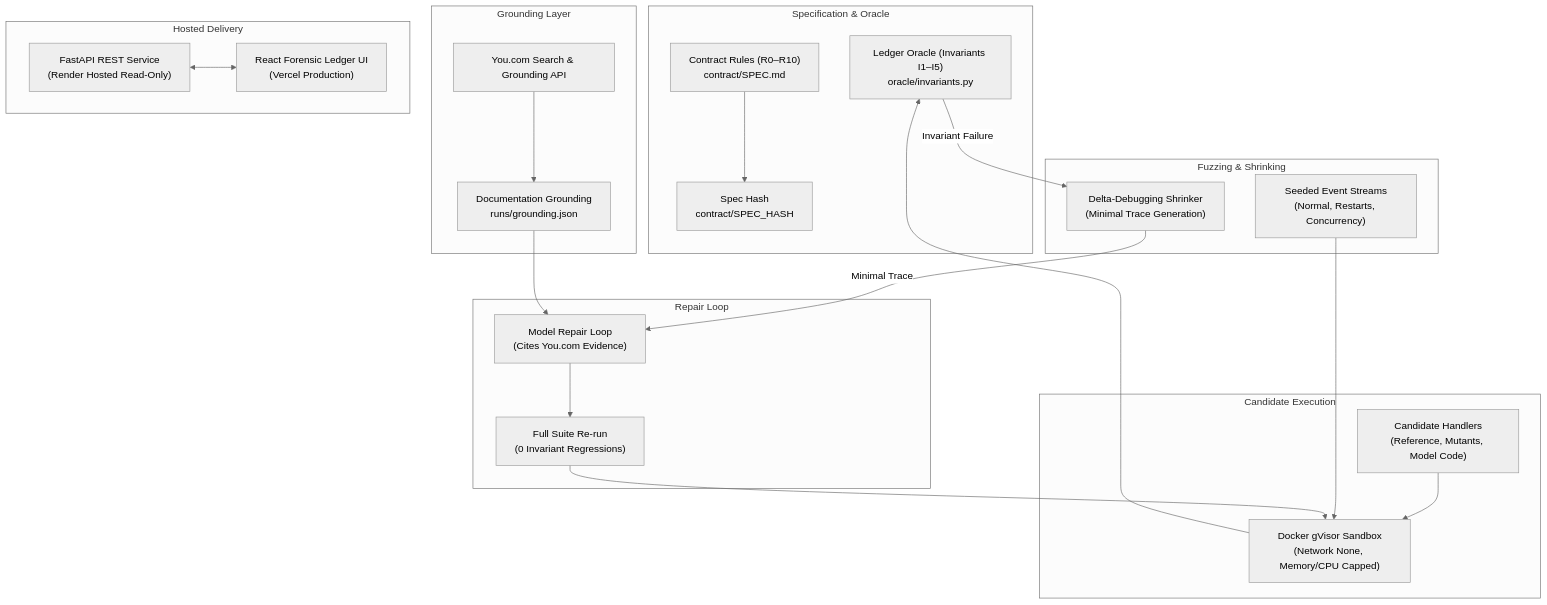
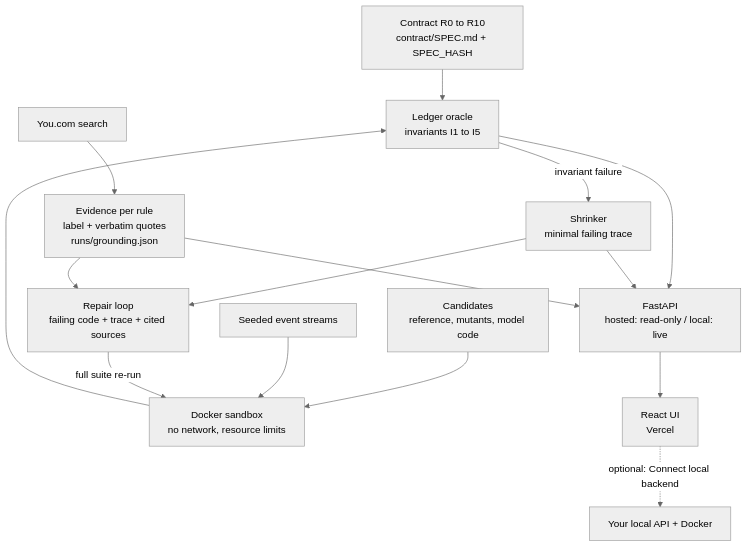
One commit to nikhil-0420/Pay-Sift changed the diagram in README.md. Above: the diagram before and after it, drawn with Mermaid (neutral theme). The commit also changed other lines of this file, not shown here.

````diff
--- a/README.md
+++ b/README.md
@@ -38,34 +96,17 @@
 ```mermaid
 flowchart TD
-  subgraph Specification & Oracle
-    Contract["Contract Rules (R0–R10)<br/>contract/SPEC.md"] --> SpecHash["Spec Hash<br/>contract/SPEC_HASH"]
-    Oracle["Ledger Oracle (Invariants I1–I5)<br/>oracle/invariants.py"]
-  end
-
-  subgraph Grounding Layer
-    YouCom["You.com Search & Grounding API"] --> Grounding["Documentation Grounding<br/>runs/grounding.json"]
-  end
-
-  subgraph Candidate Execution
-    Candidates["Candidate Handlers<br/>(Reference, Mutants, Model Code)"] --> Sandbox["Docker gVisor Sandbox<br/>(Network None, Memory/CPU Capped)"]
-    Sandbox --> Oracle
-  end
-
-  subgraph Fuzzing & Shrinking
-    Attacker["Seeded Event Streams<br/>(Normal, Restarts, Concurrency)"] --> Sandbox
-    Oracle -- Invariant Failure --> Shrinker["Delta-Debugging Shrinker<br/>(Minimal Trace Generation)"]
-  end
-
-  subgraph Repair Loop
-    Shrinker -- Minimal Trace --> Repair["Model Repair Loop<br/>(Cites You.com Evidence)"]
-    Grounding --> Repair
-    Repair --> FullSuite["Full Suite Re-run<br/>(0 Invariant Regressions)"]
-    FullSuite --> Sandbox
-  end
-
-  subgraph Hosted Delivery
-    API["FastAPI REST Service<br/>(Render Hosted Read-Only)"]
-    UI["React Forensic Ledger UI<br/>(Vercel Production)"]
-    API <--> UI
-  end
+    A["Contract R0 to R10<br/>contract/SPEC.md + SPEC_HASH"] --> B["Ledger oracle<br/>invariants I1 to I5"]
+    C["Candidates<br/>reference, mutants, model code"] --> D["Docker sandbox<br/>no network, resource limits"]
+    E["Seeded event streams"] --> D
+    D --> B
+    B -->|invariant failure| F["Shrinker<br/>minimal failing trace"]
+    G["You.com search"] --> H["Evidence per rule<br/>label + verbatim quotes<br/>runs/grounding.json"]
+    F --> I["Repair loop<br/>failing code + trace + cited sources"]
+    H --> I
+    I -->|full suite re-run| D
+    J["FastAPI<br/>hosted: read-only / local: live"] --> K["React UI<br/>Vercel"]
+    B --> J
+    F --> J
+    H --> J
+    K -.->|optional: Connect local backend| L["Your local API + Docker"]
 ```
````
